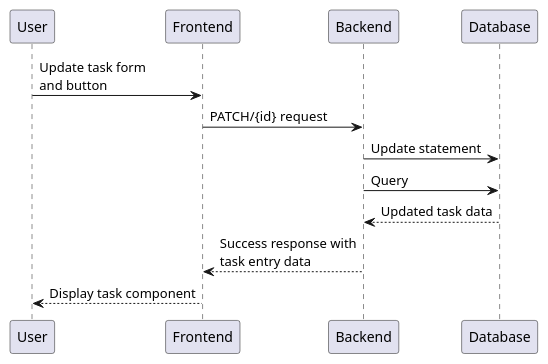
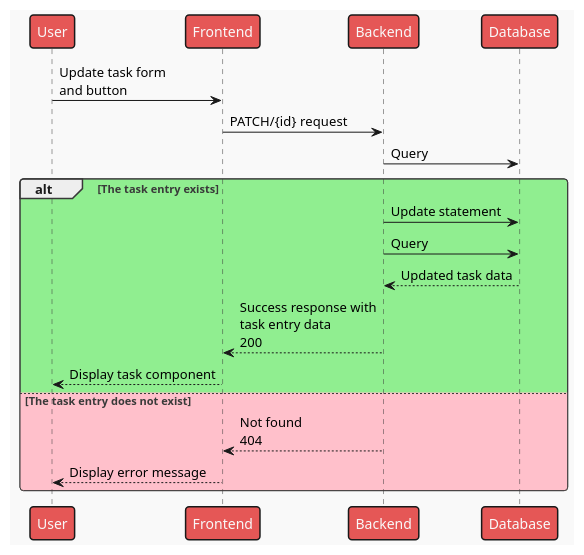
Before and after one commit to Toby-Rea/planner: the sixth of 18 diagrams in docs/Sequences.puml, drawn with PlantUML. The commit also changed other lines of this file and 18 other files, not shown here.

Commit message:
added 404 responses to appropriate sequences and added mars theme to diagrams

```diff
--- a/docs/Sequences.puml
+++ b/docs/Sequences.puml
@@ -67,14 +89,22 @@
 @startuml Update existing single task
+!theme mars
 participant User as u
 participant Frontend as fe
 participant Backend as be
 participant Database as db
 
 u -> fe: Update task form\nand button
 fe -> be: PATCH/{id} request
-be -> db: Update statement
 be -> db: Query
-be <-- db: Updated task data
-fe <-- be: Success response with\ntask entry data
-u <-- fe: Display task component
+
+alt #LightGreen The task entry exists
+    be -> db: Update statement
+    be -> db: Query
+    be <-- db: Updated task data
+    fe <-- be: Success response with\ntask entry data\n200
+    u <-- fe: Display task component
+else #Pink The task entry does not exist
+    fe <-- be: Not found\n404
+    u <-- fe: Display error message
+end
 @enduml
```
